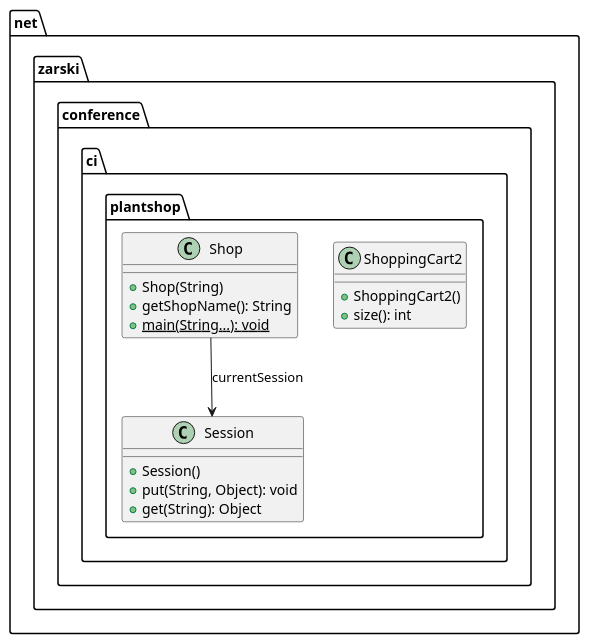
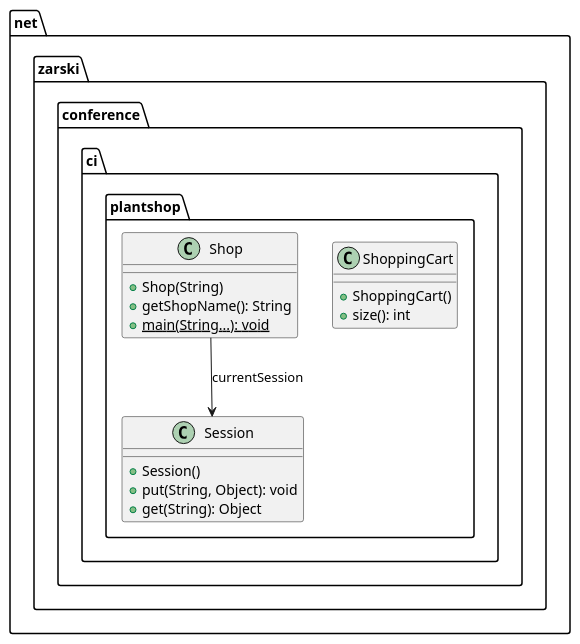
One commit to sratatata/plant-shop changed the diagram in 1.0-SNAPSHOT/javadocs/net/zarski/conference/ci/plantshop/package.puml. Above: the diagram before and after it, drawn with PlantUML. The commit also changed 23 other files, not shown here.

```diff
--- a/1.0-SNAPSHOT/javadocs/net/zarski/conference/ci/plantshop/package.puml
+++ b/1.0-SNAPSHOT/javadocs/net/zarski/conference/ci/plantshop/package.puml
@@ -1,25 +1,25 @@
 @startuml
 
     namespace net.zarski.conference.ci.plantshop {
+
+        class ShoppingCart {
+            +ShoppingCart()
+            +size(): int
+        }
 
         class Session {
             +Session()
             +put(String, Object): void
             +get(String): Object
-        }
-
-        class ShoppingCart2 {
-            +ShoppingCart2()
-            +size(): int
         }
 
         class Shop {
             +Shop(String)
             +getShopName(): String
             {static} +main(String...): void
         }
     }
 
     net.zarski.conference.ci.plantshop.Shop --> net.zarski.conference.ci.plantshop.Session: currentSession
 
 @enduml
```
